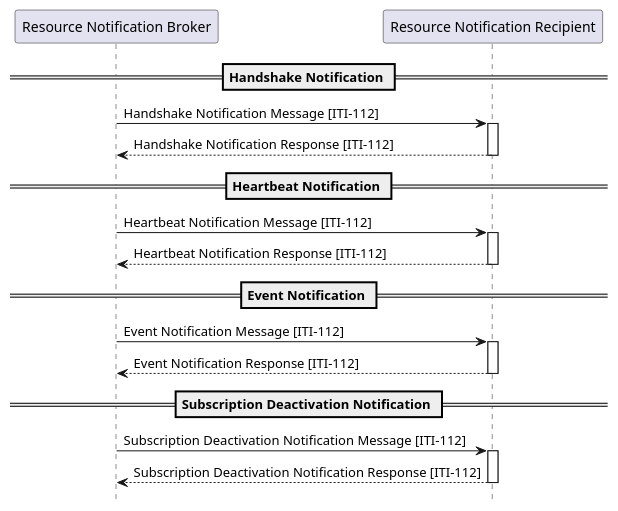
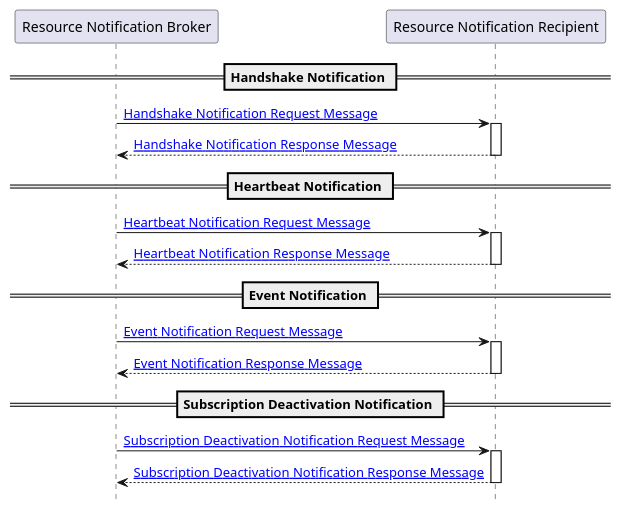
Before and after one commit to IHE/ITI.DSUBm: the diagram in input/images-source/ITI-112-Notification-seq.plantuml, drawn with PlantUML. The commit also changed 5 other files, not shown here.

```diff
--- a/input/images-source/ITI-112-Notification-seq.plantuml
+++ b/input/images-source/ITI-112-Notification-seq.plantuml
@@ -1,31 +1,31 @@
 @startuml
 hide footbox
 
 participant "Resource Notification Broker" as  Broker
 participant "Resource Notification Recipient" as  Recipient
 
 == Handshake Notification ==
-Broker -> Recipient :  Handshake Notification Message [ITI-112]
+Broker -> Recipient : [[ITI-112.html#231125-handshake-notification-request-message Handshake Notification Request Message]]
 activate Recipient
-Recipient --> Broker :  Handshake Notification Response [ITI-112]
+Recipient --> Broker : [[ITI-112.html#231126-handshake-notification-response-message Handshake Notification Response Message]]
 deactivate Recipient
 
 == Heartbeat Notification ==
-Broker -> Recipient :  Heartbeat Notification Message [ITI-112]
+Broker -> Recipient : [[ITI-112.html#231127-heartbeat-notification-request-message Heartbeat Notification Request Message]] 
 activate Recipient
-Recipient --> Broker :  Heartbeat Notification Response [ITI-112]
+Recipient --> Broker : [[ITI-112.html#231128-heartbeat-notification-response-message Heartbeat Notification Response Message]] 
 deactivate Recipient
 
 == Event Notification ==
-Broker -> Recipient :  Event Notification Message [ITI-112]
+Broker -> Recipient :  [[ITI-112.html#231129-event-notification-request-message Event Notification Request Message]]
 activate Recipient
-Recipient --> Broker :  Event Notification Response [ITI-112]
+Recipient --> Broker :  [[ITI-112.html#2311210-event-notification-response-message Event Notification Response Message]]
 deactivate Recipient
 
 == Subscription Deactivation Notification ==
-Broker -> Recipient :  Subscription Deactivation Notification Message [ITI-112]
+Broker -> Recipient :  [[ITI-112.html#2311211-subscription-deactivation-notification-request-message Subscription Deactivation Notification Request Message]]
 activate Recipient
-Recipient --> Broker :  Subscription Deactivation Notification Response [ITI-112]
+Recipient --> Broker : [[ITI-112.html#2311212-subscription-deactivation-notification-response-message Subscription Deactivation Notification Response Message]]
 deactivate Recipient
 
 @enduml
```
